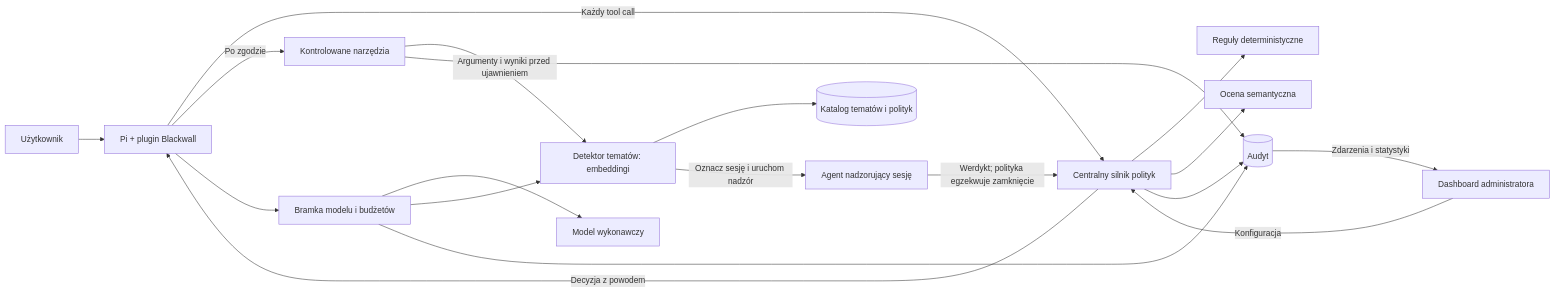
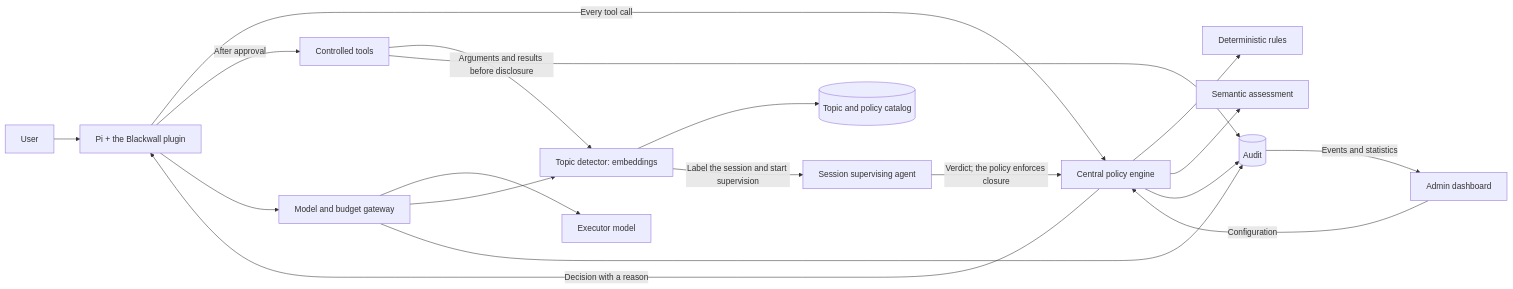
The diagram in README.md (VashingMachine/hackyeah2026), drawn with Mermaid before and after one commit. The commit also changed other lines of this file and 11 other files, not shown here.

````diff
--- a/README.md
+++ b/README.md
@@ -33,21 +33,21 @@
 ```mermaid
 flowchart LR
-    User[Użytkownik] --> Pi[Pi + plugin Blackwall]
-    Pi -->|Każdy tool call| Policy[Centralny silnik polityk]
-    Policy --> Rules[Reguły deterministyczne]
-    Policy --> Judge[Ocena semantyczna]
-    Policy -->|Decyzja z powodem| Pi
-    Pi -->|Po zgodzie| Tools[Kontrolowane narzędzia]
-    Pi --> Gateway[Bramka modelu i budżetów]
-    Gateway --> Model[Model wykonawczy]
-    Gateway --> Topics[Detektor tematów: embeddingi]
-    Tools -->|Argumenty i wyniki przed ujawnieniem| Topics
-    Topics --> Catalog[(Katalog tematów i polityk)]
-    Topics -->|Oznacz sesję i uruchom nadzór| Guardian[Agent nadzorujący sesję]
-    Guardian -->|Werdykt; polityka egzekwuje zamknięcie| Policy
-    Policy --> Audit[(Audyt)]
+    User[User] --> Pi[Pi + the Blackwall plugin]
+    Pi -->|Every tool call| Policy[Central policy engine]
+    Policy --> Rules[Deterministic rules]
+    Policy --> Judge[Semantic assessment]
+    Policy -->|Decision with a reason| Pi
+    Pi -->|After approval| Tools[Controlled tools]
+    Pi --> Gateway[Model and budget gateway]
+    Gateway --> Model[Executor model]
+    Gateway --> Topics[Topic detector: embeddings]
+    Tools -->|Arguments and results before disclosure| Topics
+    Topics --> Catalog[(Topic and policy catalog)]
+    Topics -->|Label the session and start supervision| Guardian[Session supervising agent]
+    Guardian -->|Verdict; the policy enforces closure| Policy
+    Policy --> Audit[(Audit)]
     Tools --> Audit
     Gateway --> Audit
-    Admin[Dashboard administratora] -->|Konfiguracja| Policy
-    Audit -->|Zdarzenia i statystyki| Admin
+    Admin[Admin dashboard] -->|Configuration| Policy
+    Audit -->|Events and statistics| Admin
 ```
````
